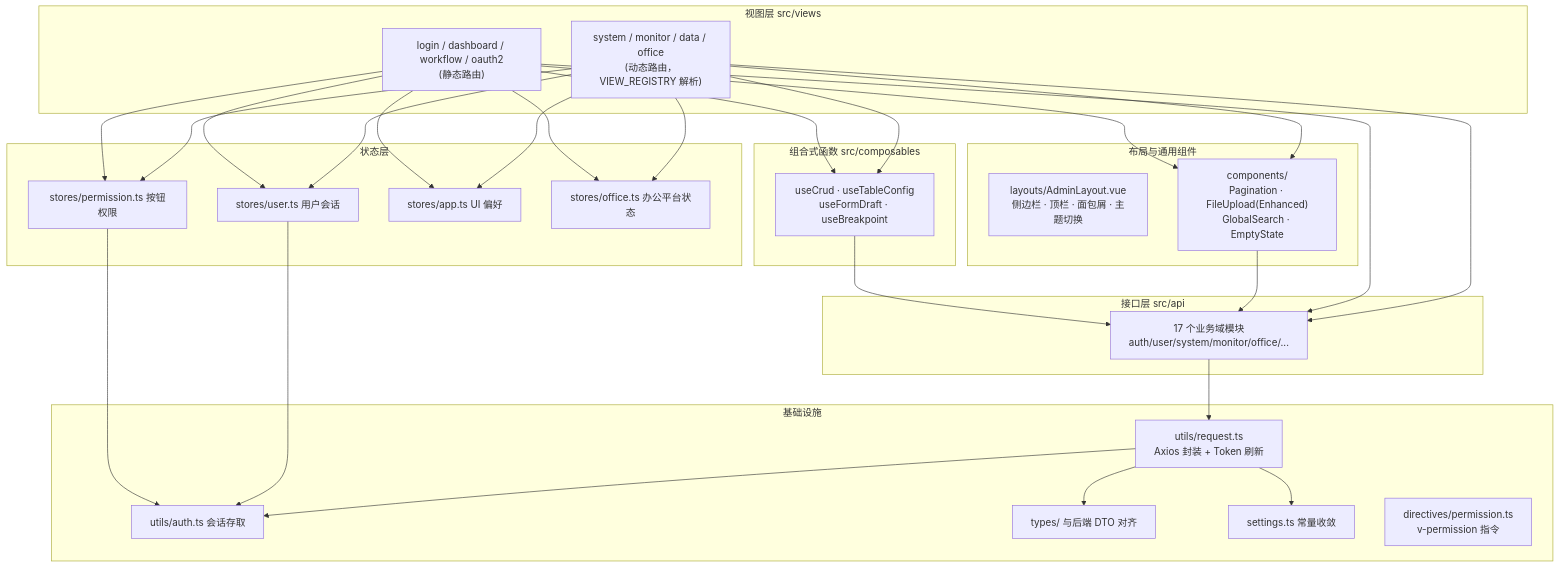
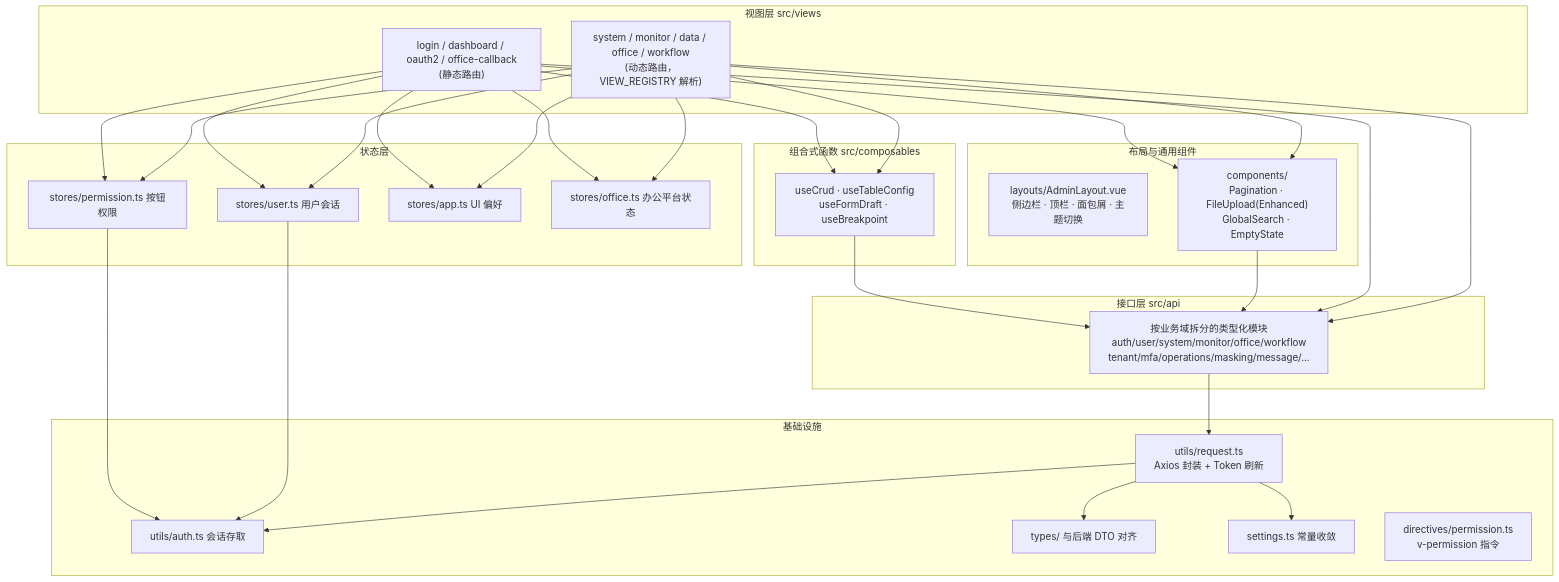
Before and after one commit to apex-cloud-service/apex-admin-web: the second of 4 diagrams in docs/architecture/overview.md, drawn with Mermaid. The commit also changed other lines of this file and 39 other files, not shown here.

````diff
--- a/docs/architecture/overview.md
+++ b/docs/architecture/overview.md
@@ -56,44 +62,44 @@
 ```mermaid
 flowchart TB
     subgraph Views["视图层 src/views"]
-        V1["system / monitor / data / office<br/>(动态路由，VIEW_REGISTRY 解析)"]
-        V2["login / dashboard / workflow / oauth2<br/>(静态路由)"]
+        V1["system / monitor / data / office / workflow<br/>(动态路由，VIEW_REGISTRY 解析)"]
+        V2["login / dashboard / oauth2 / office-callback<br/>(静态路由)"]
     end
 
     subgraph Layout["布局与通用组件"]
         L1["layouts/AdminLayout.vue<br/>侧边栏 · 顶栏 · 面包屑 · 主题切换"]
         L2["components/<br/>Pagination · FileUpload(Enhanced)<br/>GlobalSearch · EmptyState"]
     end
 
     subgraph State["状态层"]
         S1["stores/user.ts 用户会话"]
         S2["stores/permission.ts 按钮权限"]
         S3["stores/app.ts UI 偏好"]
         S4["stores/office.ts 办公平台状态"]
     end
 
     subgraph Compose["组合式函数 src/composables"]
         C1["useCrud · useTableConfig<br/>useFormDraft · useBreakpoint"]
     end
 
     subgraph Api["接口层 src/api"]
-        A1["17 个业务域模块<br/>auth/user/system/monitor/office/..."]
+        A1["按业务域拆分的类型化模块<br/>auth/user/system/monitor/office/workflow<br/>tenant/mfa/operations/masking/message/..."]
     end
 
     subgraph Infra["基础设施"]
         I1["utils/request.ts<br/>Axios 封装 + Token 刷新"]
         I2["utils/auth.ts 会话存取"]
         I3["types/ 与后端 DTO 对齐"]
         I4["settings.ts 常量收敛"]
         I5["directives/permission.ts<br/>v-permission 指令"]
     end
 
     V1 & V2 --> L2
     V1 & V2 --> S1 & S2 & S3 & S4
     V1 & V2 --> C1
     V1 & V2 & L2 & C1 --> A1
     A1 --> I1
     I1 --> I2 & I4
     S1 & S2 --> I2
     I1 --> I3
 ```
````
